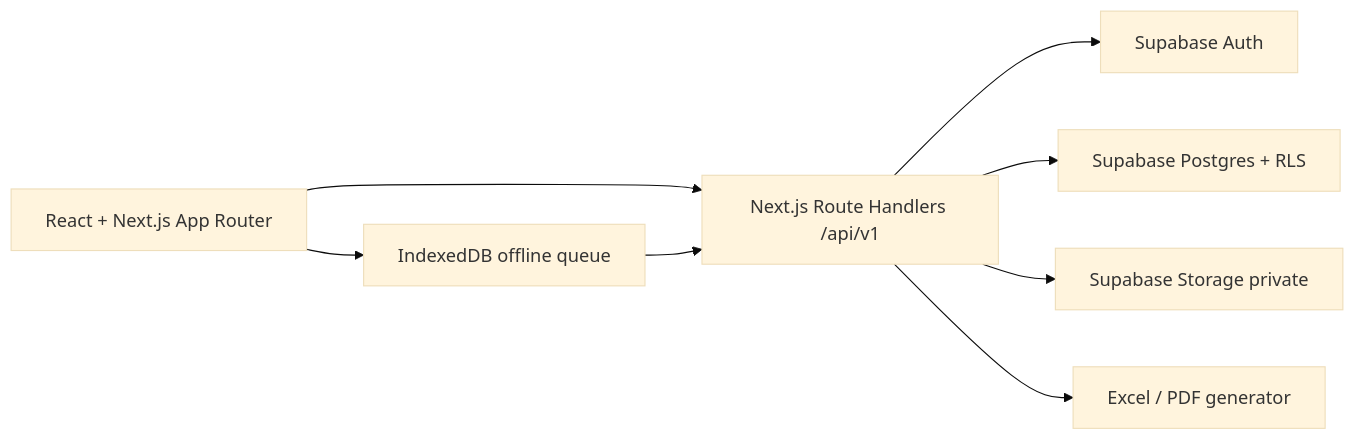
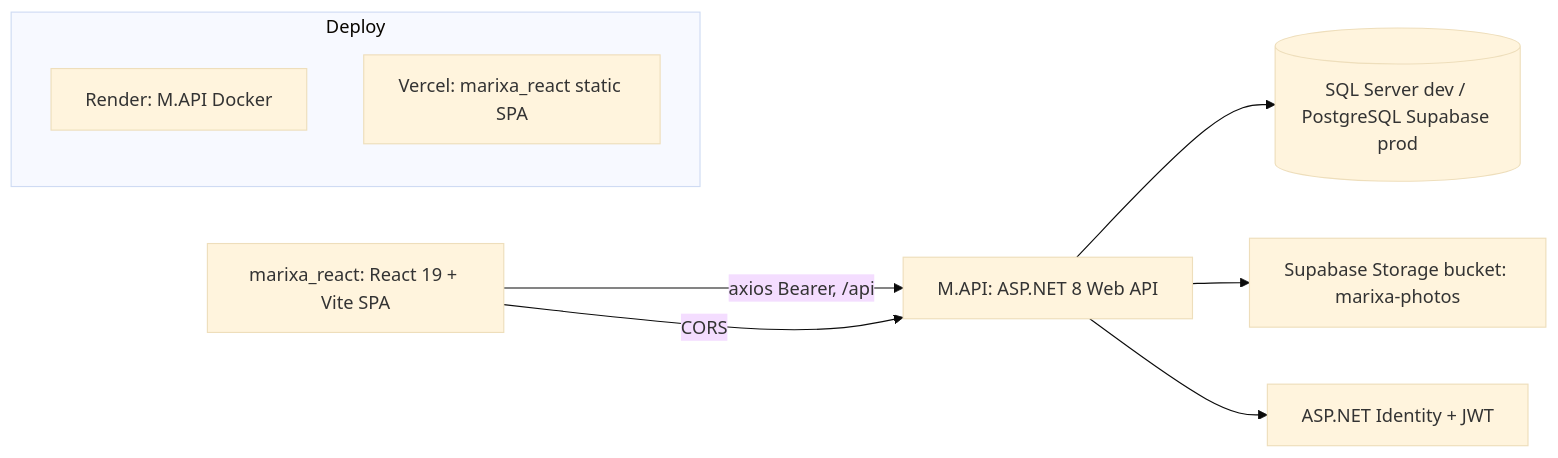
One commit to taiDinh303/M-ChamCong changed the diagram in docs/04-system-architecture.md. Above: the diagram before and after it, drawn with Mermaid (base theme). The commit also changed other lines of this file and 68 other files, not shown here.

First line of the commit message:
docs: rewrite for real ASP.NET 8 + React 19 stack; seed new roles; decommission Next.js web

````diff
--- a/docs/04-system-architecture.md
+++ b/docs/04-system-architecture.md
@@ -5,10 +14,12 @@
 ```mermaid
 flowchart LR
-  UI[React + Next.js App Router] --> API[Next.js Route Handlers /api/v1]
-  UI --> Q[IndexedDB offline queue]
-  Q --> API
-  API --> AUTH[Supabase Auth]
-  API --> DB[Supabase Postgres + RLS]
-  API --> FILE[Supabase Storage private]
-  API --> EXPORT[Excel / PDF generator]
+  UI[marixa_react: React 19 + Vite SPA] -->|axios Bearer, /api| API[M.API: ASP.NET 8 Web API]
+  UI -->|CORS| API
+  API --> DB[(SQL Server dev / PostgreSQL Supabase prod)]
+  API --> IMG[Supabase Storage bucket: marixa-photos]
+  API --> AUTH[ASP.NET Identity + JWT]
+  subgraph Deploy
+    R[Render: M.API Docker]
+    V[Vercel: marixa_react static SPA]
+  end
 ```
````
